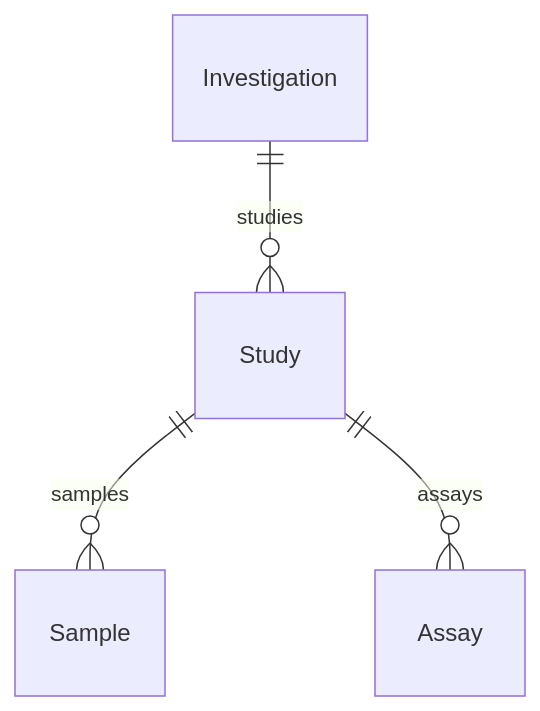
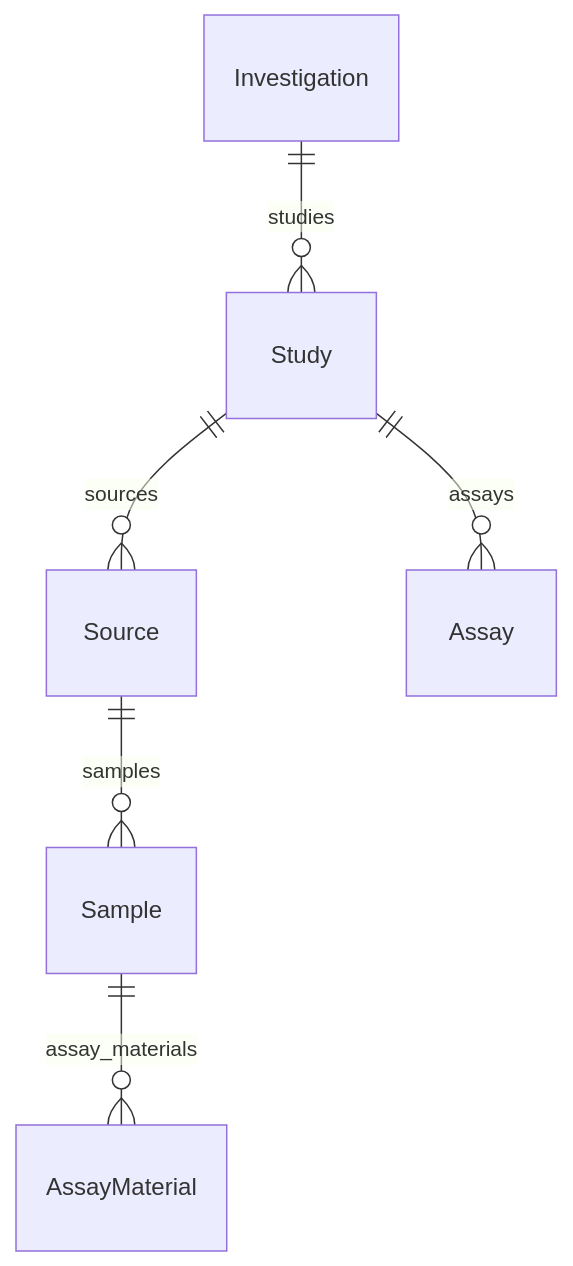
One commit to sorenwacker/metaseed changed the diagram in docs/profiles/seek-ready-template.md. Above: the diagram before and after it, drawn with Mermaid. The commit also changed other lines of this file and 19 other files, not shown here.

Commit message:
SEEK's Investigation, Study and Assay have no identifier and an Assay needs a class and type, so template 4.0 carries SEEK's own record fields and marks the rest ISA-only (#359)

````diff
--- a/docs/profiles/seek-ready-template.md
+++ b/docs/profiles/seek-ready-template.md
@@ -13,6 +9,8 @@
 ```mermaid
 erDiagram
     Investigation ||--o{ Study : studies
-    Study ||--o{ Sample : samples
+    Study ||--o{ Source : sources
     Study ||--o{ Assay : assays
+    Source ||--o{ Sample : samples
+    Sample ||--o{ AssayMaterial : assay_materials
 ```
````
